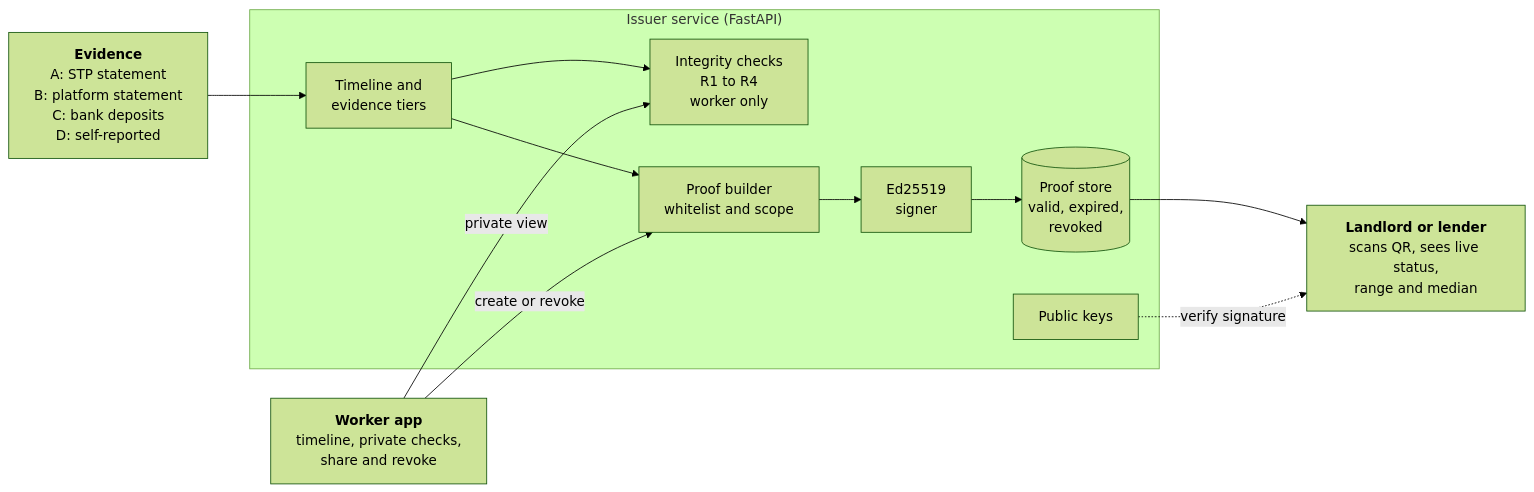
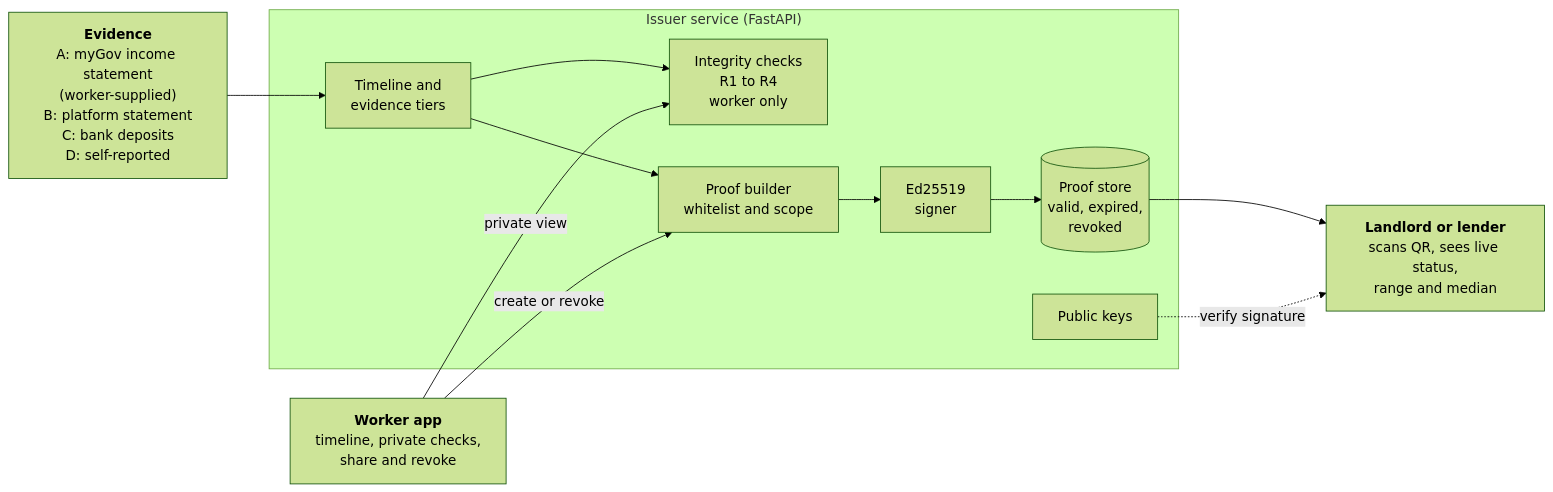
Before and after one commit to JackLee083/DataBaes_BaeSlip: the first of 2 diagrams in README.md, drawn with Mermaid (forest theme). The commit also changed other lines of this file and 41 other files, not shown here.

````diff
--- a/README.md
+++ b/README.md
@@ -88,27 +88,27 @@
 ```mermaid
 flowchart LR
     WORKER["<b>Worker app</b><br/>timeline, private checks,<br/>share and revoke"]
 
-    EV["<b>Evidence</b><br/>A: STP statement<br/>B: platform statement<br/>C: bank deposits<br/>D: self-reported"]
+    EV["<b>Evidence</b><br/>A: myGov income statement<br/>(worker-supplied)<br/>B: platform statement<br/>C: bank deposits<br/>D: self-reported"]
 
     subgraph ISSUER["Issuer service (FastAPI)"]
         TL["Timeline and<br/>evidence tiers"]
         CHK["Integrity checks<br/>R1 to R4<br/>worker only"]
         BUILD["Proof builder<br/>whitelist and scope"]
         SIGN["Ed25519<br/>signer"]
         STORE[("Proof store<br/>valid, expired,<br/>revoked")]
         KEYS["Public keys"]
     end
 
     VER["<b>Landlord or lender</b><br/>scans QR, sees live status,<br/>range and median"]
 
     EV --> TL
     TL --> CHK
     TL --> BUILD
     BUILD --> SIGN
     SIGN --> STORE
     STORE --> VER
     KEYS -.->|"verify signature"| VER
     WORKER -->|"private view"| CHK
     WORKER -->|"create or revoke"| BUILD
 ```
````
